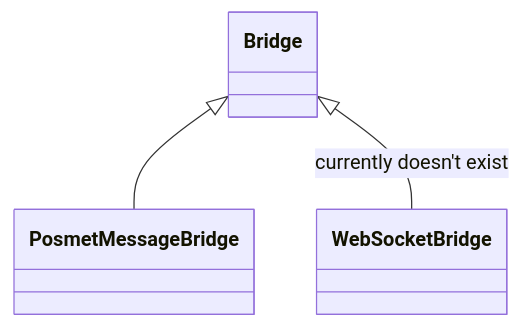
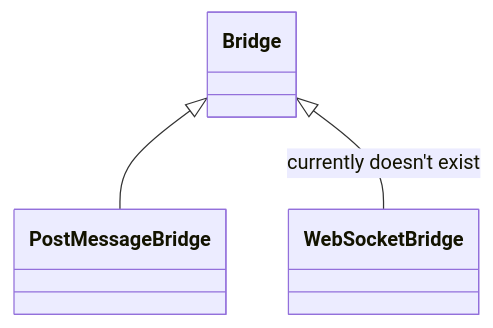
One commit to screencloud/app-core changed the first of 2 diagrams in README.md. Above: the diagram before and after it, drawn with Mermaid. The commit also changed other lines of this file, not shown here.

Commit message:
docs: directly embed UML diagrams

````diff
--- a/README.md
+++ b/README.md
@@ -24,5 +24,5 @@
 ```mermaid
 classDiagram
-    Bridge <|-- PosmetMessageBridge
+    Bridge <|-- PostMessageBridge
     Bridge <|-- WebSocketBridge : currently doesn't exist
 ```
````
